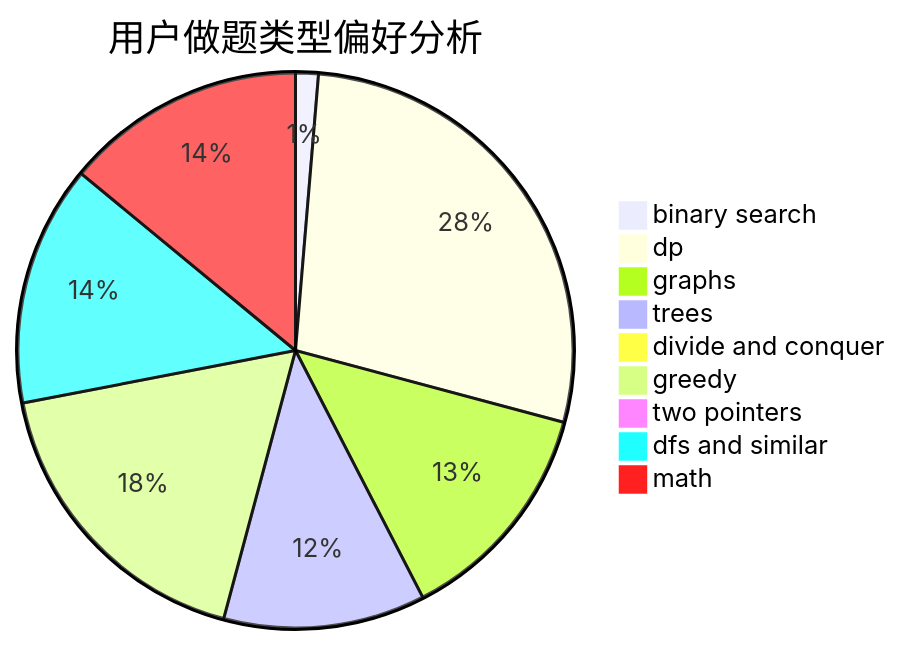
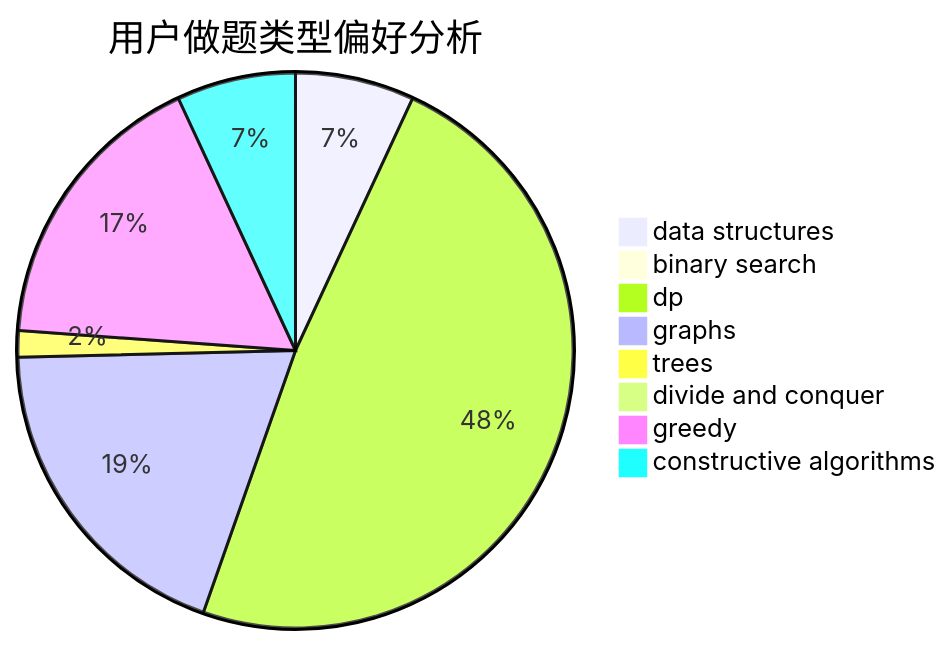
Before and after one commit to sherpahu/cfrs.github.io: the second of 3 diagrams in docs/user/u1230.md, drawn with Mermaid. The commit also changed other lines of this file and 2775 other files, not shown here.

````diff
--- a/docs/user/u1230.md
+++ b/docs/user/u1230.md
@@ -23,12 +23,11 @@
 ```mermaid
 pie title 用户做题类型偏好分析
-    "binary search" :  7
-    "dp" :  147
-    "graphs" :  70
-    "trees" :  62
+    "data structures" :  9
+    "binary search" :  0
+    "dp" :  63
+    "graphs" :  25
+    "trees" :  2
     "divide and conquer" :  0
-    "greedy" :  94
-    "two pointers" :  2
-    "dfs and similar" :  74
-    "math" :  74
+    "greedy" :  22
+    "constructive algorithms" :  9
 ```
````
